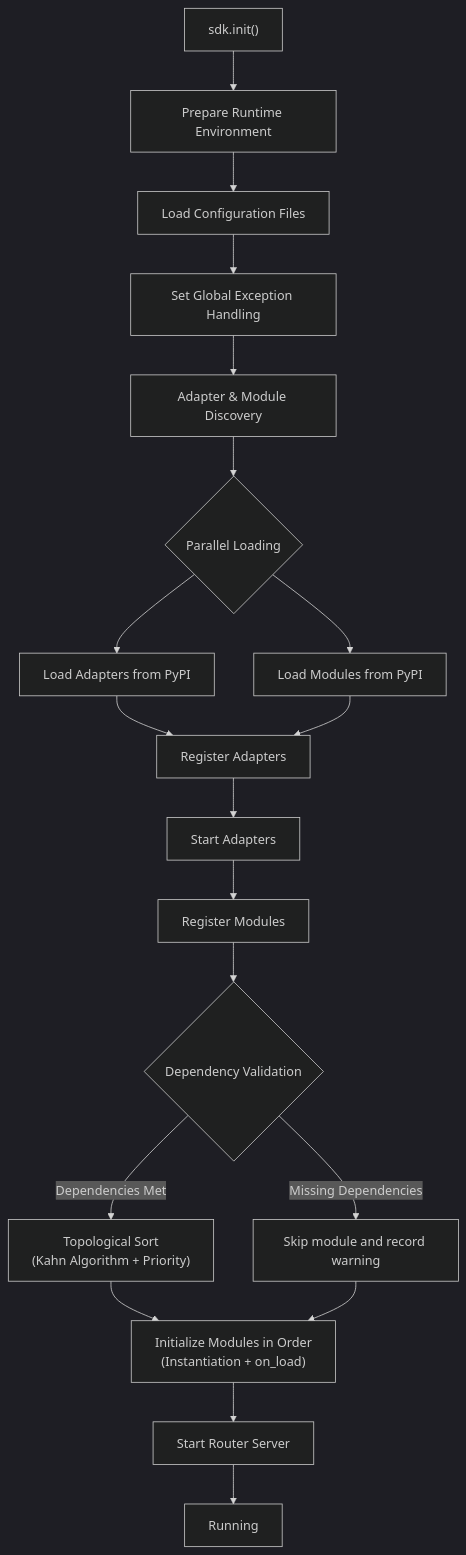
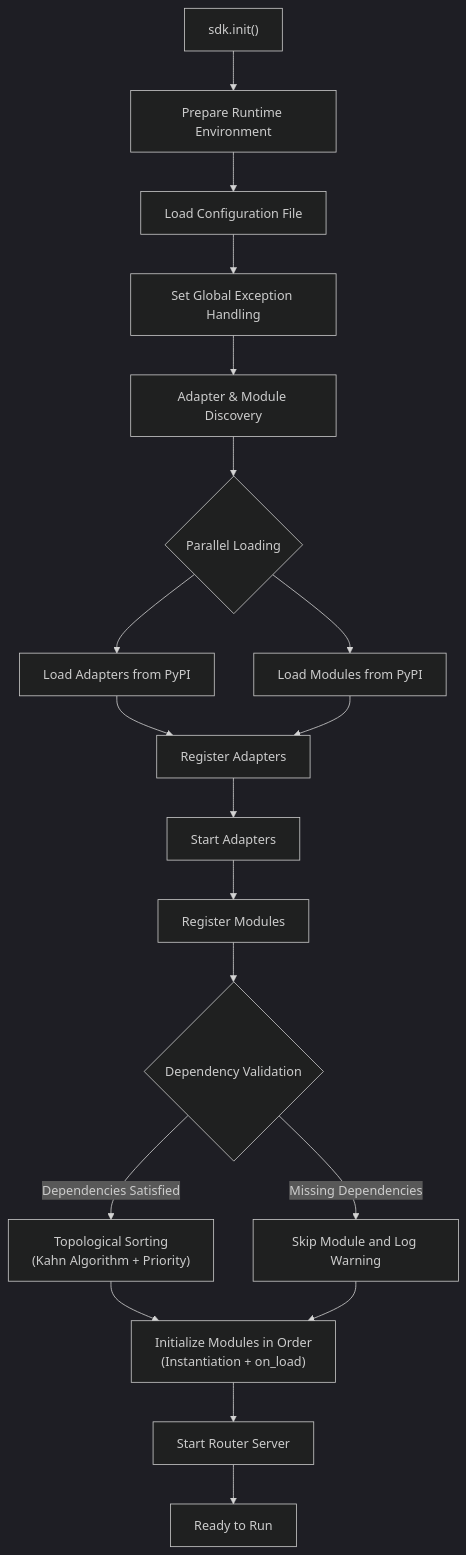
Before and after one commit to ErisPulse/ErisPulse: the second of 7 diagrams in docs/en/ai-support/prompts/ErisPulse-ModuleDev.md, drawn with Mermaid (dark theme). The commit also changed other lines of this file and 251 other files, not shown here.

````diff
--- a/docs/en/ai-support/prompts/ErisPulse-ModuleDev.md
+++ b/docs/en/ai-support/prompts/ErisPulse-ModuleDev.md
@@ -100,20 +104,20 @@
 ```mermaid
 flowchart TD
     A["sdk.init()"] --> B["Prepare Runtime Environment"]
-    B --> B1["Load Configuration Files"]
+    B --> B1["Load Configuration File"]
     B1 --> B2["Set Global Exception Handling"]
     B2 --> C["Adapter & Module Discovery"]
     C --> D{"Parallel Loading"}
     D --> D1["Load Adapters from PyPI"]
     D --> D2["Load Modules from PyPI"]
     D1 & D2 --> E["Register Adapters"]
     E --> E1["Start Adapters"]
     E1 --> F["Register Modules"]
     F --> F1{"Dependency Validation"}
-    F1 -->|"Missing Dependencies"| F2["Skip module and record warning"]
-    F1 -->|"Dependencies Met"| F3["Topological Sort<br/> (Kahn Algorithm + Priority)"]
-    F3 --> G["Initialize Modules in Order<br/> (Instantiation + on_load)"]
+    F1 -->|"Missing Dependencies"| F2["Skip Module and Log Warning"]
+    F1 -->|"Dependencies Satisfied"| F3["Topological Sorting<br/>(Kahn Algorithm + Priority)"]
+    F3 --> G["Initialize Modules in Order<br/>(Instantiation + on_load)"]
     F2 --> G
     G --> H["Start Router Server"]
-    H --> K["Running"]
+    H --> K["Ready to Run"]
 ```
````
